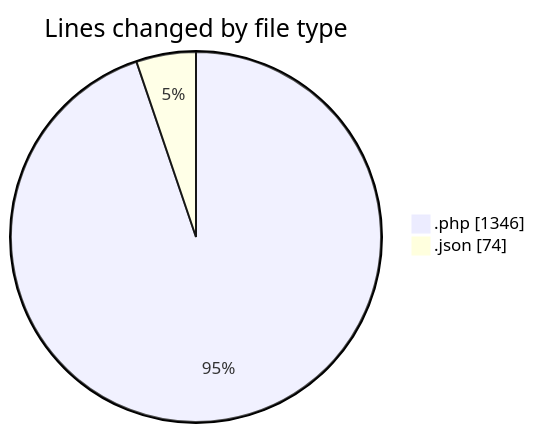
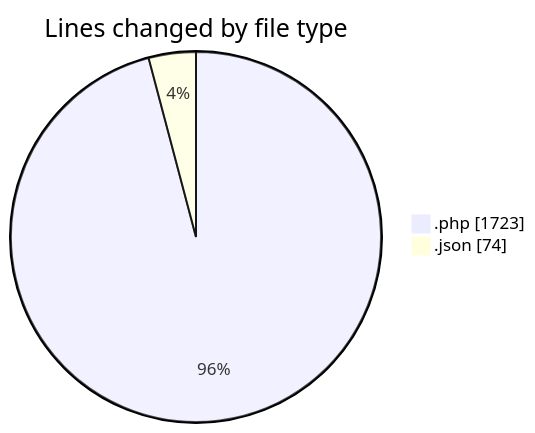
One commit to lephambinh05/code-tracking changed the first of 2 diagrams in 2025-08-19/quytuthien_vn/README.md. Above: the diagram before and after it, drawn with Mermaid. The commit also changed other lines of this file and 1 other file, not shown here.

````diff
--- a/2025-08-19/quytuthien_vn/README.md
+++ b/2025-08-19/quytuthien_vn/README.md
@@ -51,6 +63,6 @@
 ```mermaid
 pie showData
 title Lines changed by file type
-".php" : 1346
+".php" : 1723
 ".json" : 74
 ```
````
